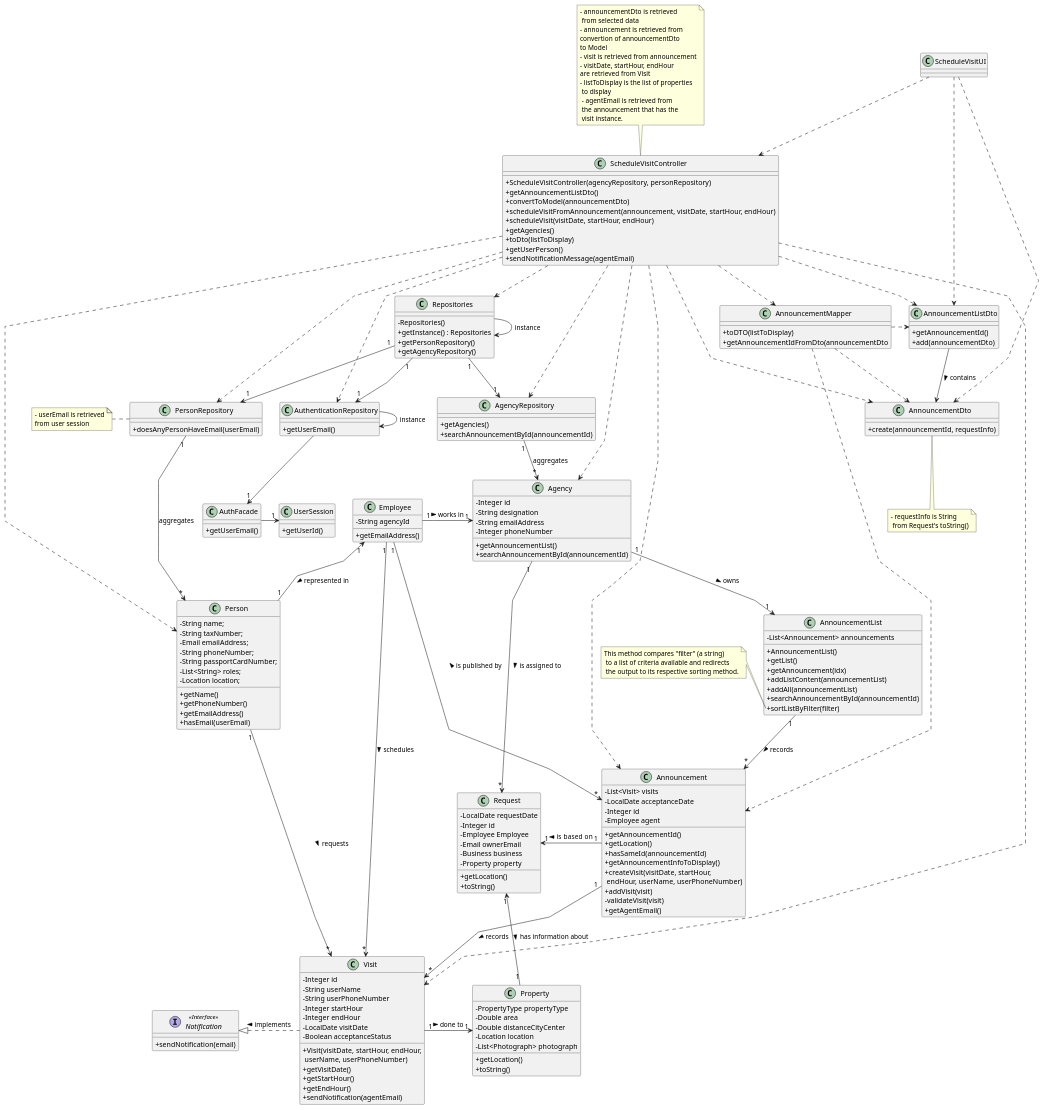
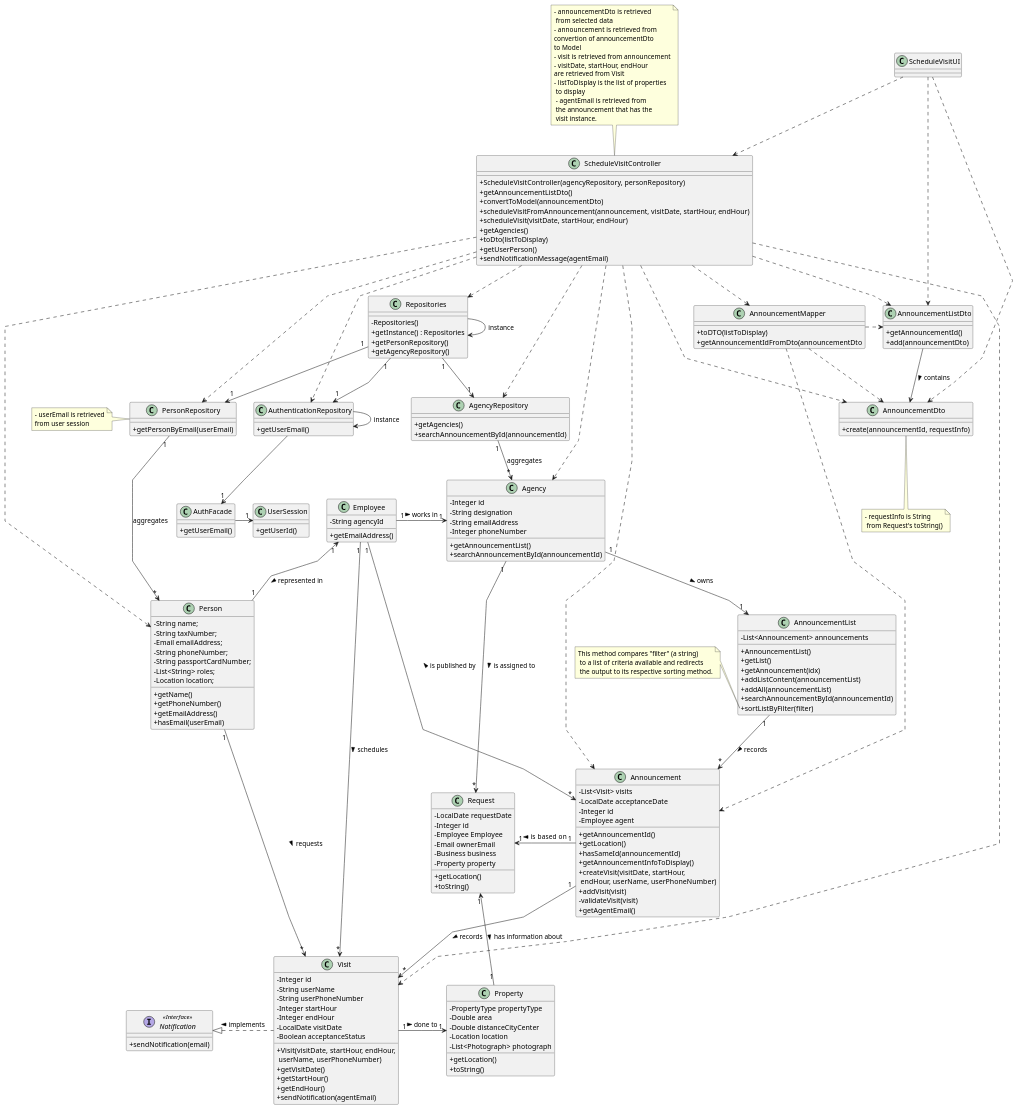
Before and after one commit to rita-barbosa/LAPR2-2223: the diagram in docs/sprintC/us009/03.design/puml/us009-class-diagram.puml, drawn with PlantUML.

Commit message:
Class Diagram update [US009] [Design]

```diff
--- a/docs/sprintC/us009/03.design/puml/us009-class-diagram.puml
+++ b/docs/sprintC/us009/03.design/puml/us009-class-diagram.puml
@@ -191,7 +191,7 @@
 }
 
 class PersonRepository {
-    + doesAnyPersonHaveEmail(userEmail)
+    + getPersonByEmail(userEmail)
 }
 
 note left of PersonRepository
```
